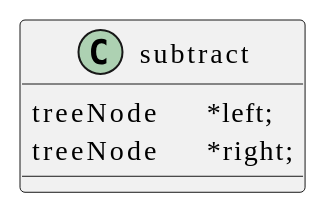
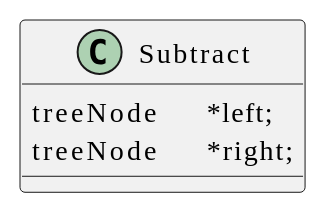
Before and after one commit to t-h2o/parsmath: the seventh of 10 diagrams in assets/README.adoc, drawn with PlantUML. The commit also changed other lines of this file and 6 other files, not shown here.

```diff
--- a/assets/README.adoc
+++ b/assets/README.adoc
@@ -79,12 +79,12 @@
 [plantuml, target=class_subtract, format=svg, width=100%]
 ....
 @startuml
 skinparam defaultFontName JetBrains Mono
 
-class subtract {
+class Subtract {
   treeNode	*left;
   treeNode	*right;
 }
 
 @enduml
 ....
```
